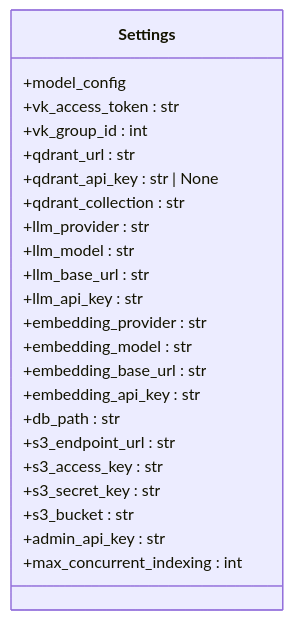
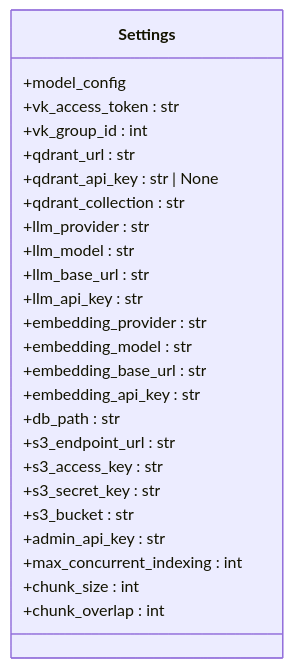
Before and after one commit to ognelis/cafetera_hr_bot: the third of 10 diagrams in .qoder/repowiki/en/content/Configuration Management.md, drawn with Mermaid. The commit also changed other lines of this file and 16 other files, not shown here.

````diff
--- a/.qoder/repowiki/en/content/Configuration Management.md
+++ b/.qoder/repowiki/en/content/Configuration Management.md
@@ -212,26 +230,28 @@
 ```mermaid
 classDiagram
 class Settings {
 +model_config
 +vk_access_token : str
 +vk_group_id : int
 +qdrant_url : str
 +qdrant_api_key : str | None
 +qdrant_collection : str
 +llm_provider : str
 +llm_model : str
 +llm_base_url : str
 +llm_api_key : str
 +embedding_provider : str
 +embedding_model : str
 +embedding_base_url : str
 +embedding_api_key : str
 +db_path : str
 +s3_endpoint_url : str
 +s3_access_key : str
 +s3_secret_key : str
 +s3_bucket : str
 +admin_api_key : str
 +max_concurrent_indexing : int
++chunk_size : int
++chunk_overlap : int
 }
 ```
````
